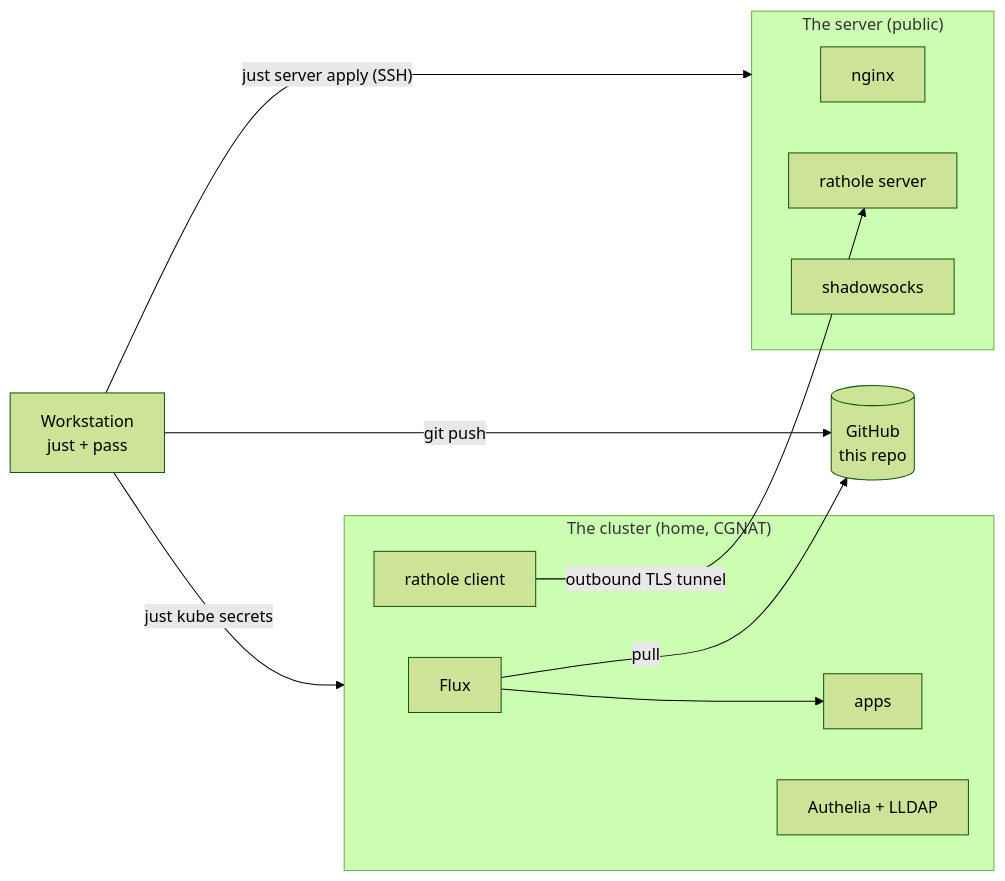
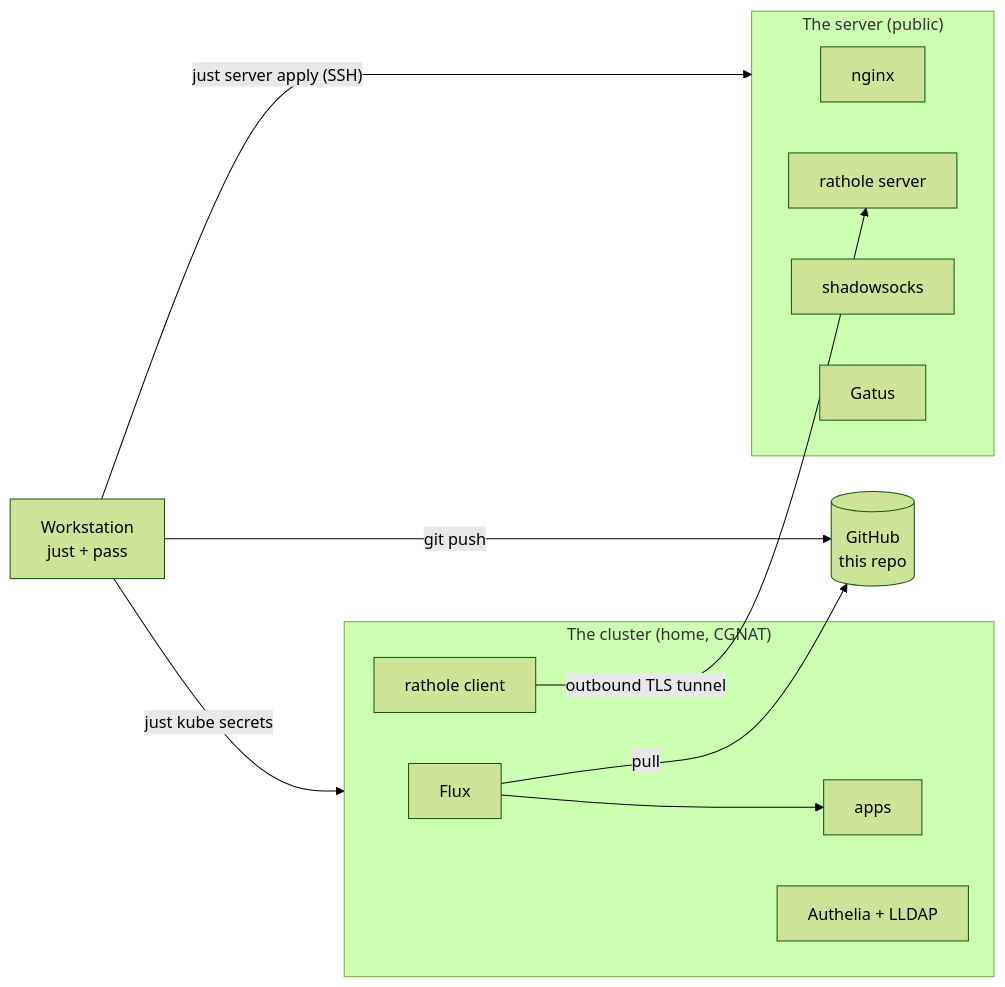
Before and after one commit to rafi/machines: the first of 5 diagrams in docs/architecture.md, drawn with Mermaid (forest theme). The commit also changed other lines of this file and 9 other files, not shown here.

````diff
--- a/docs/architecture.md
+++ b/docs/architecture.md
@@ -14,20 +15,21 @@
 ```mermaid
 flowchart LR
   ws["Workstation<br/>just + pass"]
   gh[("GitHub<br/>this repo")]
   subgraph vps["The server (public)"]
     nginx["nginx"]
     rs["rathole server"]
     ss["shadowsocks"]
+    gatus["Gatus"]
   end
   subgraph home["The cluster (home, CGNAT)"]
     flux["Flux"] --> apps["apps"]
     rc["rathole client"]
     auth["Authelia + LLDAP"]
   end
   ws -- "git push" --> gh
   flux -- "pull" --> gh
   ws -- "just server apply (SSH)" --> vps
   ws -- "just kube secrets" --> home
   rc -- "outbound TLS tunnel" --> rs
 ```
````
